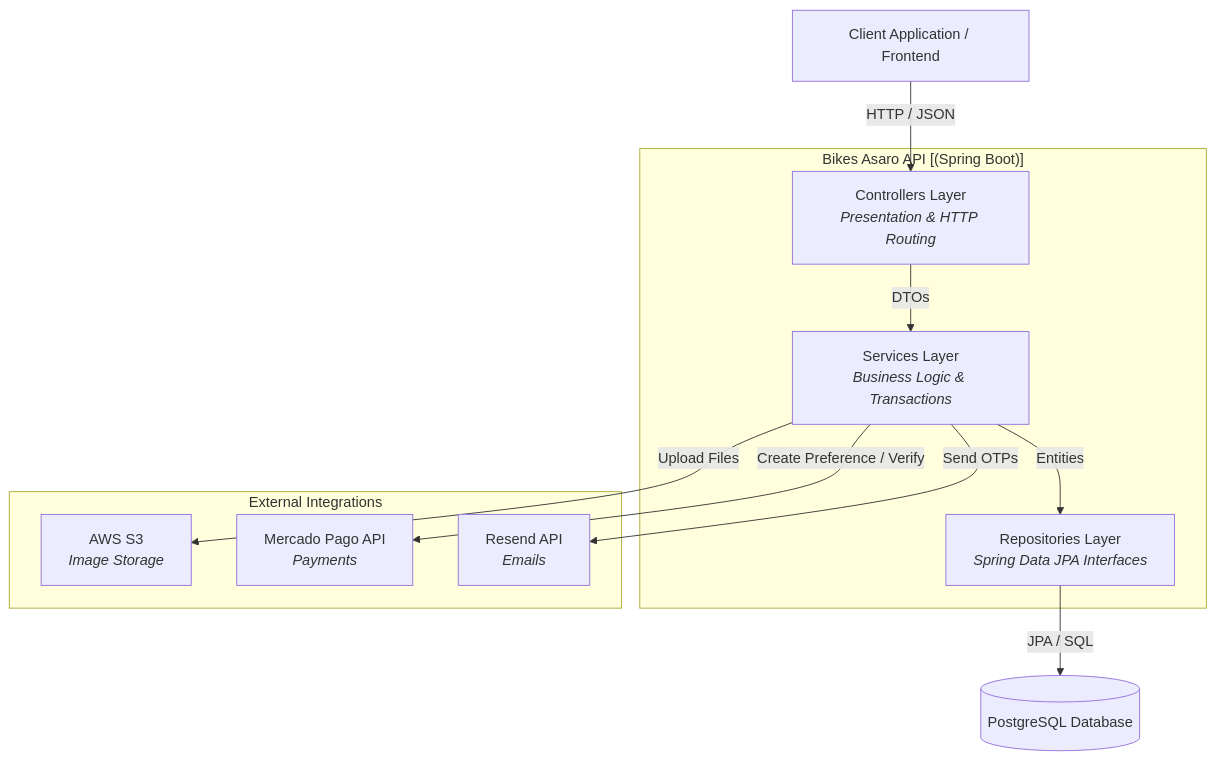
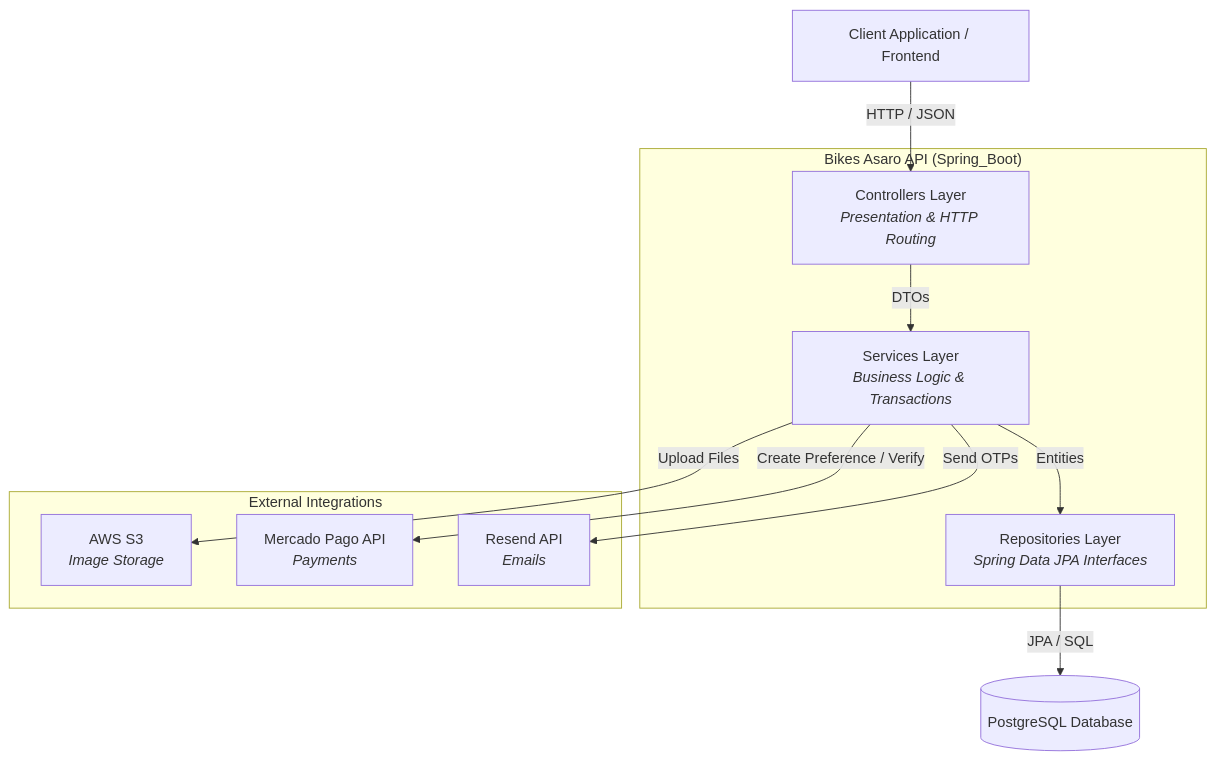
The first of 2 diagrams in README.md (Salompablo/bikestore-api), drawn with Mermaid before and after one commit.

````diff
--- a/README.md
+++ b/README.md
@@ -52,27 +52,27 @@
 ```mermaid
 graph TD
     Client[Client Application / Frontend]
     
-    subgraph "Bikes Asaro API [(Spring Boot)]"
+    subgraph "Bikes Asaro API (Spring_Boot)"
         Controllers[Controllers Layer<br/><i>Presentation & HTTP Routing</i>]
         Services[Services Layer<br/><i>Business Logic & Transactions</i>]
         Repositories[Repositories Layer<br/><i>Spring Data JPA Interfaces</i>]
     end
     
     DB[(PostgreSQL Database)]
     
     subgraph "External Integrations"
         S3[AWS S3<br/><i>Image Storage</i>]
         MP[Mercado Pago API<br/><i>Payments</i>]
         Resend[Resend API<br/><i>Emails</i>]
     end
     
     Client -->|HTTP / JSON| Controllers
     Controllers -->|DTOs| Services
     Services -->|Entities| Repositories
     Repositories -->|JPA / SQL| DB
     
     Services -->|Upload Files| S3
     Services -->|Create Preference / Verify| MP
     Services -->|Send OTPs| Resend
 ```
````
